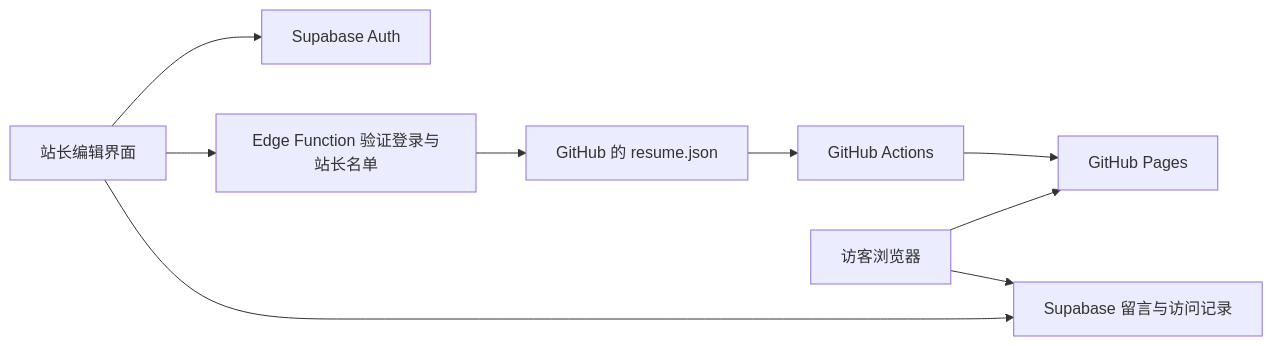
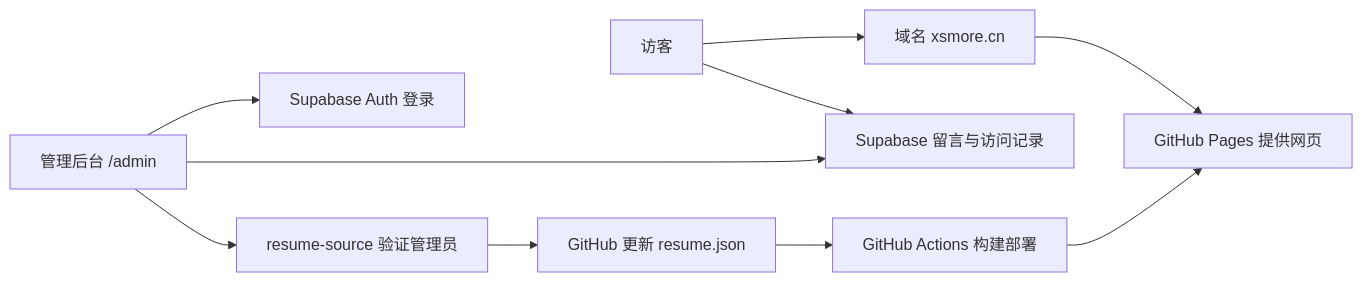
The diagram in docs/ADMIN_SETUP.md (oii2659/profile), drawn with Mermaid before and after one commit. The commit also changed other lines of this file and 27 other files, not shown here.

````diff
--- a/docs/ADMIN_SETUP.md
+++ b/docs/ADMIN_SETUP.md
@@ -18,11 +20,12 @@
 ```mermaid
 flowchart LR
-  Owner[站长编辑界面] --> Auth[Supabase Auth]
-  Owner --> Function[Edge Function 验证登录与站长名单]
-  Function --> Source[GitHub 的 resume.json]
-  Source --> Build[GitHub Actions]
-  Build --> Site[GitHub Pages]
-  Visitor[访客浏览器] --> Site
+  Visitor[访客] --> Domain[域名 xsmore.cn]
+  Domain --> Pages[GitHub Pages 提供网页]
   Visitor --> DB[Supabase 留言与访问记录]
-  Owner --> DB
+  Admin[管理后台 /admin] --> Auth[Supabase Auth 登录]
+  Admin --> DB
+  Admin --> Function[resume-source 验证管理员]
+  Function --> Repo[GitHub 更新 resume.json]
+  Repo --> Actions[GitHub Actions 构建部署]
+  Actions --> Pages
 ```
````
